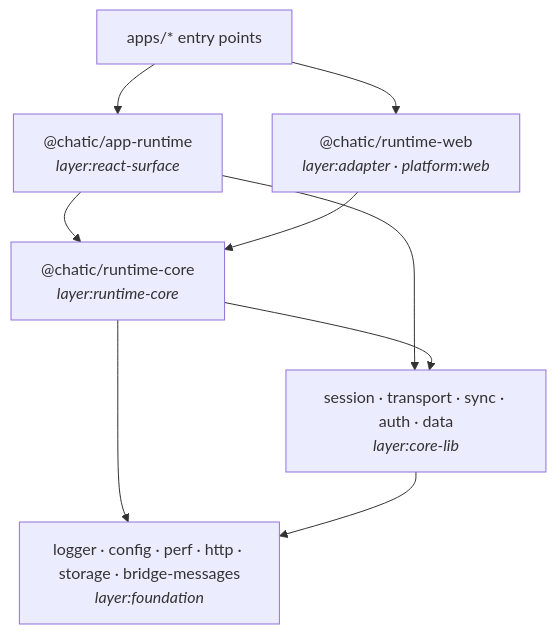
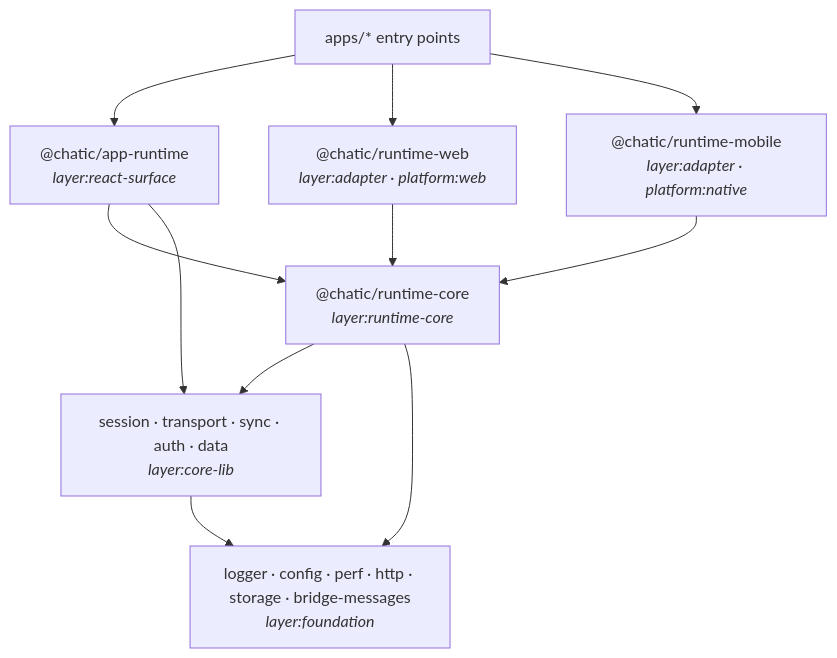
Before and after one commit to lemoncloud-io/dou-app: the diagram in libs/runtime-core/README.md, drawn with Mermaid. The commit also changed other lines of this file and 31 other files, not shown here.

First line of the commit message:
feat(runtime-mobile,mobile): build the runtime from react native's ports, not booted yet

````diff
--- a/libs/runtime-core/README.md
+++ b/libs/runtime-core/README.md
@@ -125,18 +127,21 @@
 ```mermaid
 flowchart TD
     Apps["apps/* entry points"]
     Surface["@chatic/app-runtime<br/><i>layer:react-surface</i>"]
     Web["@chatic/runtime-web<br/><i>layer:adapter · platform:web</i>"]
+    Native["@chatic/runtime-mobile<br/><i>layer:adapter · platform:native</i>"]
     Core["@chatic/runtime-core<br/><i>layer:runtime-core</i>"]
     Libs["session · transport · sync · auth · data<br/><i>layer:core-lib</i>"]
     Found["logger · config · perf · http · storage · bridge-messages<br/><i>layer:foundation</i>"]
 
     Apps --> Surface
     Apps --> Web
+    Apps --> Native
     Surface --> Core
     Surface --> Libs
     Web --> Core
+    Native --> Core
     Core --> Libs
     Core --> Found
     Libs --> Found
 ```
````
